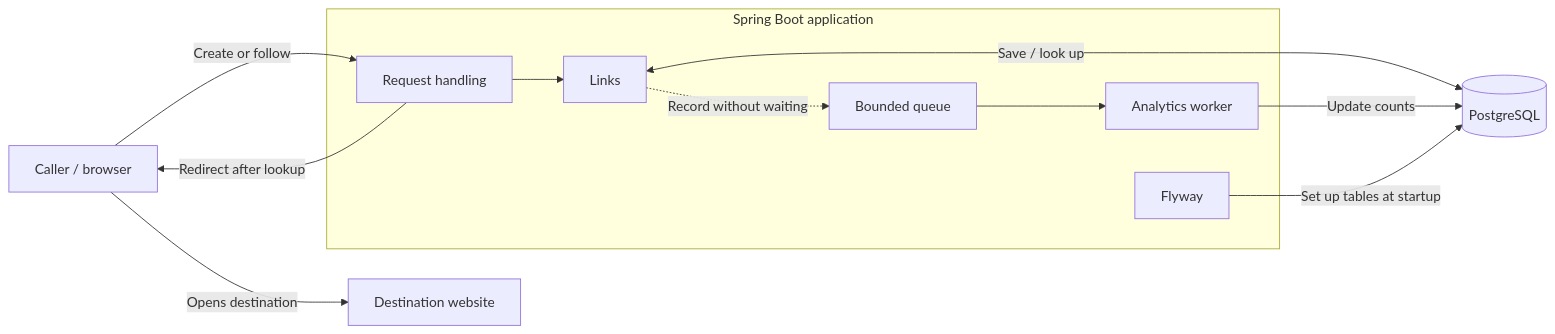
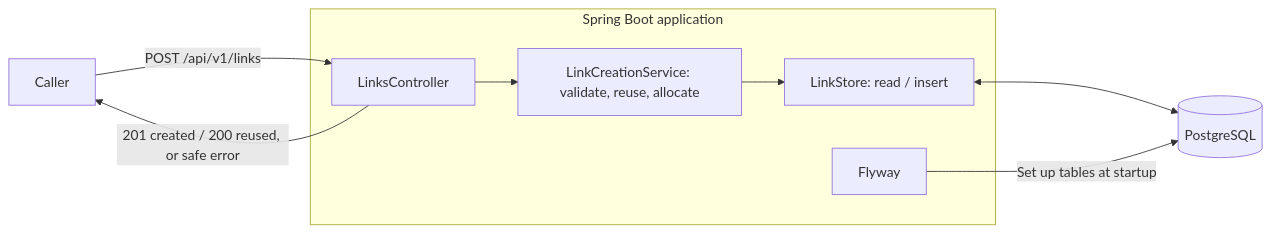
One commit to jyshnkr/url-shortener changed the diagram in docs/architecture.md. Above: the diagram before and after it, drawn with Mermaid. The commit also changed other lines of this file and 29 other files, not shown here.

````diff
--- a/docs/architecture.md
+++ b/docs/architecture.md
@@ -6,15 +6,12 @@
 ```mermaid
 flowchart LR
-    C["Caller / browser"] -->|"Create or follow"| H
+    C["Caller"] -->|"POST /api/v1/links"| H
     subgraph APP["Spring Boot application"]
-        H["Request handling"] --> L["Links"]
-        L -.->|"Record without waiting"| Q["Bounded queue"]
-        Q --> W["Analytics worker"]
+        H["LinksController"] --> L["LinkCreationService: validate, reuse, allocate"]
+        L --> S["LinkStore: read / insert"]
         F["Flyway"]
     end
-    L <-->|"Save / look up"| DB[(PostgreSQL)]
-    W -->|"Update counts"| DB
+    S <--> DB[(PostgreSQL)]
     F -->|"Set up tables at startup"| DB
-    H -->|"Redirect after lookup"| C
-    C -->|"Opens destination"| D["Destination website"]
+    H -->|"201 created / 200 reused, or safe error"| C
 ```
````
